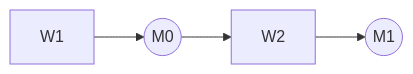
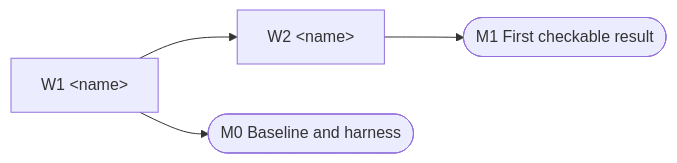
Before and after one commit to mithro/open-silicon-hitlist: the diagram in TEMPLATE.md, drawn with Mermaid. The commit also changed other lines of this file and 2 other files, not shown here.

Commit message:
Guidelines draft 4, round 7: figures
GUIDELINES.md, TEMPLATE.md and PROCESS.md as at d90eda7 on the
guidelines thread's branch.

Claude-Session: https://claude.ai/code/session_01Pp9WJhQp9utKU8Q4S5gGQT

````diff
--- a/TEMPLATE.md
+++ b/TEMPLATE.md
@@ -231,6 +231,6 @@
 ```mermaid
 flowchart LR
-  W1["W1 <name>"] --> M0((M0))
-  M0 --> W2["W2 <name>"]
-  W2 --> M1((M1))
+  W1["W1 &lt;name&gt;"] --> W2["W2 &lt;name&gt;"]
+  W1 --> M0(["M0 Baseline and harness"])
+  W2 --> M1(["M1 First checkable result"])
 ```
````
